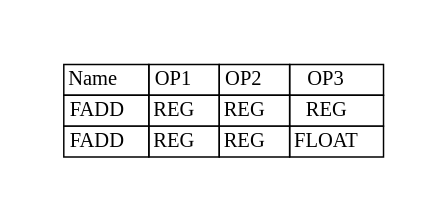
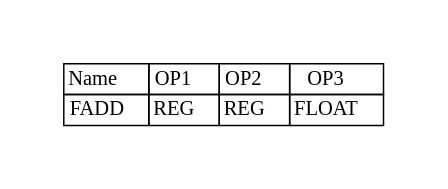
Before and after one commit to adesutherland/CREXX: the diagram in docs/books/crexx_vm_spec/svg/fadd.gv, drawn with Graphviz. The commit also changed 199 other files, not shown here.

```diff
--- a/docs/books/crexx_vm_spec/svg/fadd.gv
+++ b/docs/books/crexx_vm_spec/svg/fadd.gv
@@ -1,10 +1,9 @@
 digraph{
 graph [pad="0.5", nodesep="0.5", ranksep="2" ]
 node [shape=plain]
 Foo [label=<
 <table border="0" cellborder="1" cellspacing="0">
 <tr><td> Name </td> <td> OP1 </td><td> OP2 </td><td> OP3 </td> </tr>
-<tr><td> FADD </td><td> REG </td><td> REG </td><td> REG </td> </tr>
 <tr><td> FADD </td><td> REG </td><td> REG </td><td> FLOAT </td> </tr>
 </table>>];
 }
```
